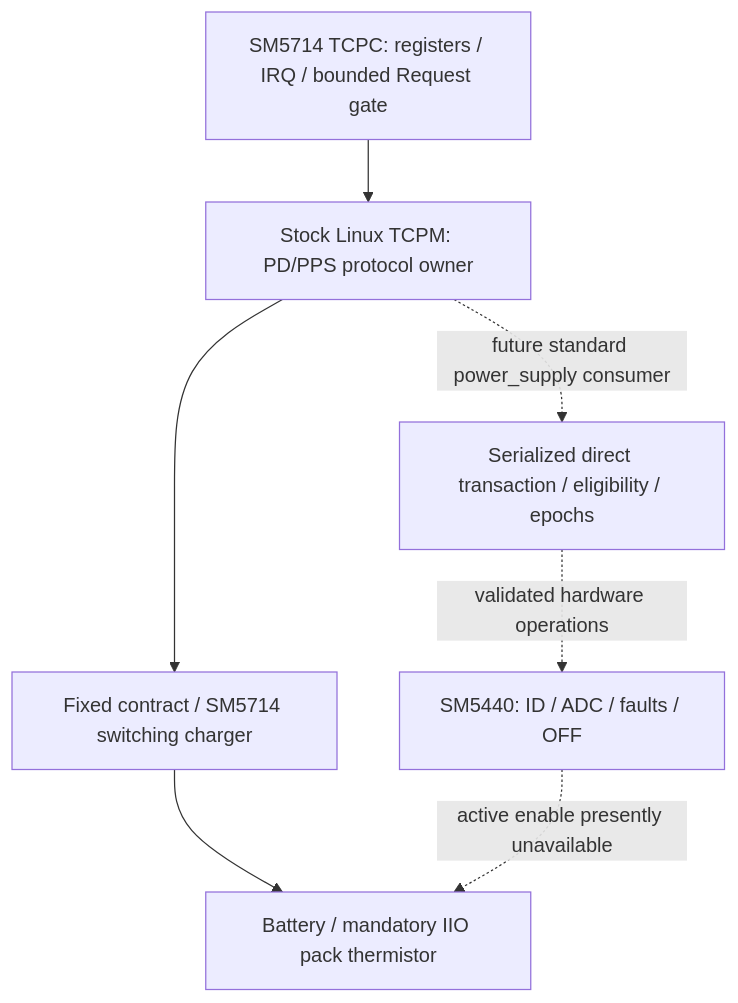
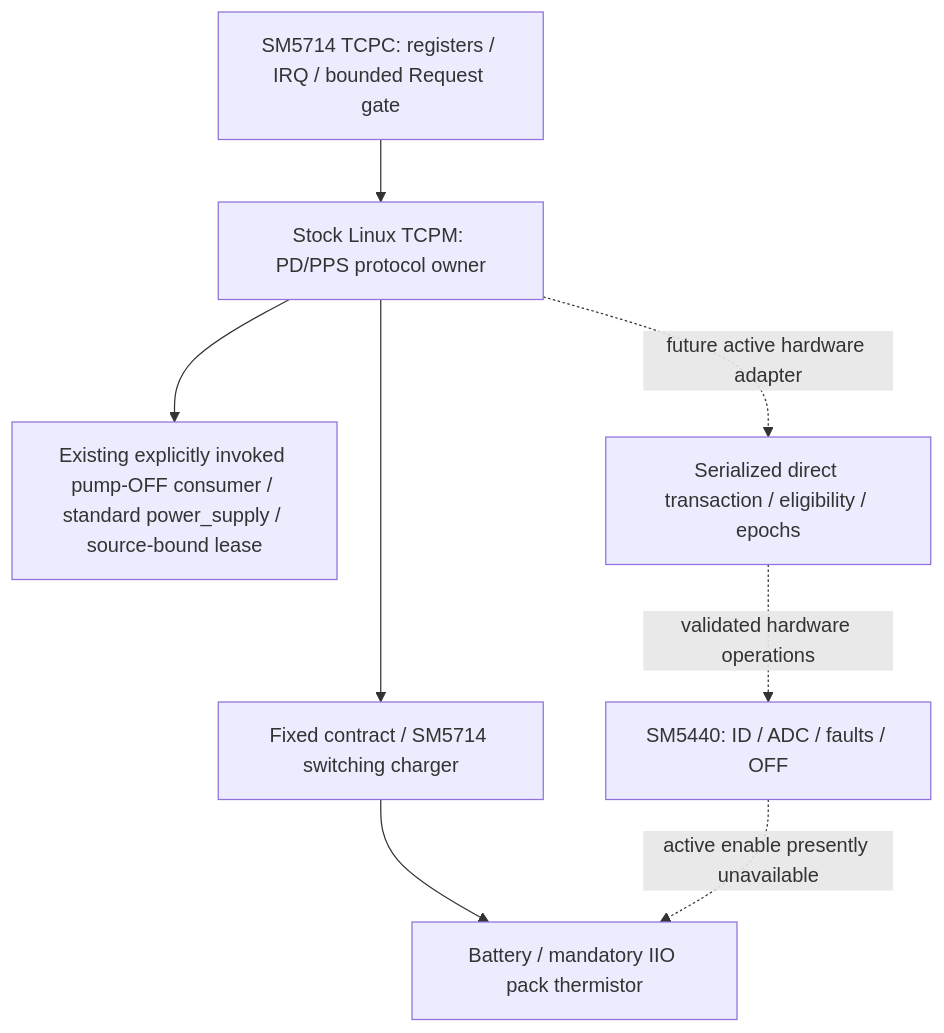
Before and after one commit to wnotms/galaxy_tab_s9_linux: the diagram in docs/X710_CHARGING_ARCHITECTURE.md, drawn with Mermaid. The commit also changed other lines of this file and 5 other files, not shown here.

Commit message:
docs: align charging architecture with implemented prerequisites

````diff
--- a/docs/X710_CHARGING_ARCHITECTURE.md
+++ b/docs/X710_CHARGING_ARCHITECTURE.md
@@ -40,9 +65,10 @@
 ```mermaid
 flowchart TD
   TCPC[SM5714 TCPC: registers / IRQ / bounded Request gate] --> TCPM[Stock Linux TCPM: PD/PPS protocol owner]
   TCPM --> FIX[Fixed contract / SM5714 switching charger]
-  TCPM -. future standard power_supply consumer .-> POL[Serialized direct transaction / eligibility / epochs]
+  TCPM --> OFF[Existing explicitly invoked pump-OFF consumer / standard power_supply / source-bound lease]
+  TCPM -. future active hardware adapter .-> POL[Serialized direct transaction / eligibility / epochs]
   POL -. validated hardware operations .-> PUMP[SM5440: ID / ADC / faults / OFF]
   FIX --> PACK[Battery / mandatory IIO pack thermistor]
   PUMP -. active enable presently unavailable .-> PACK
 ```
````
